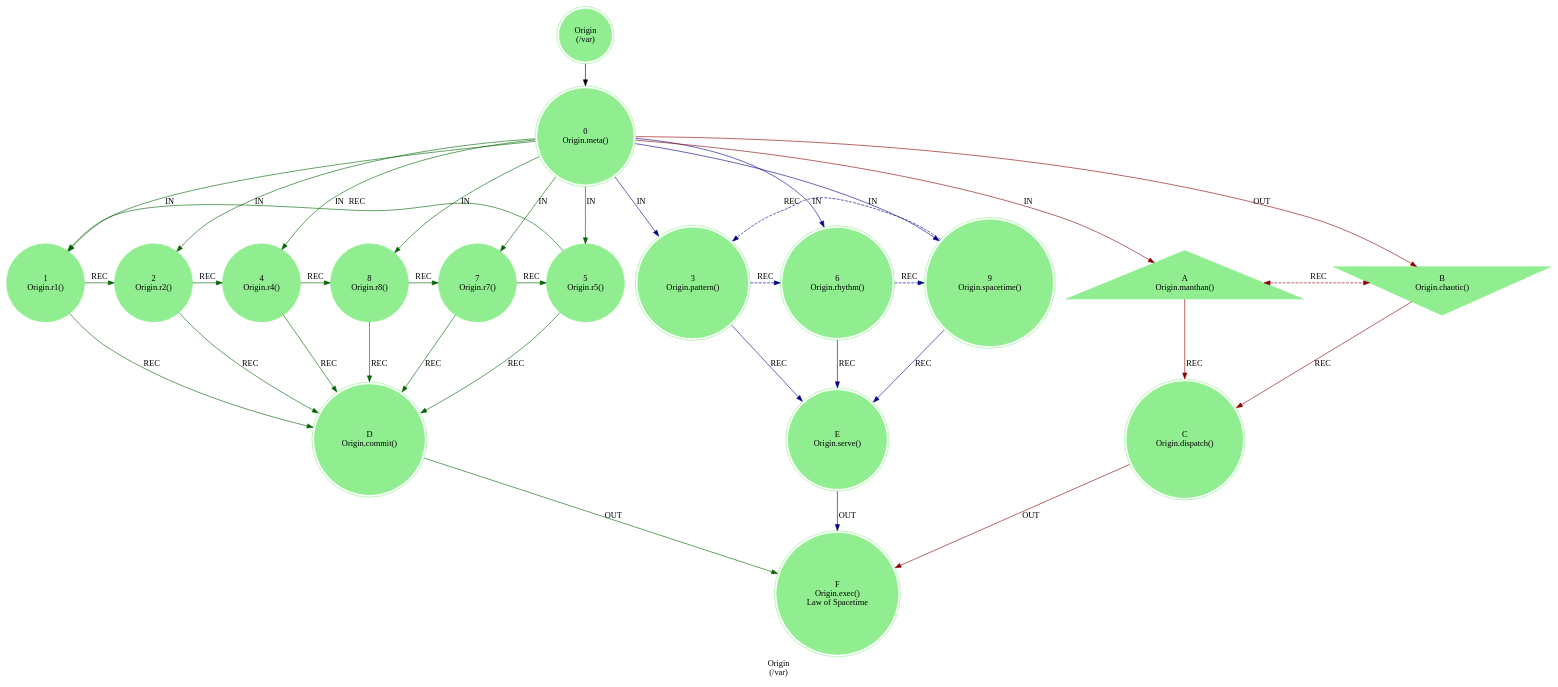
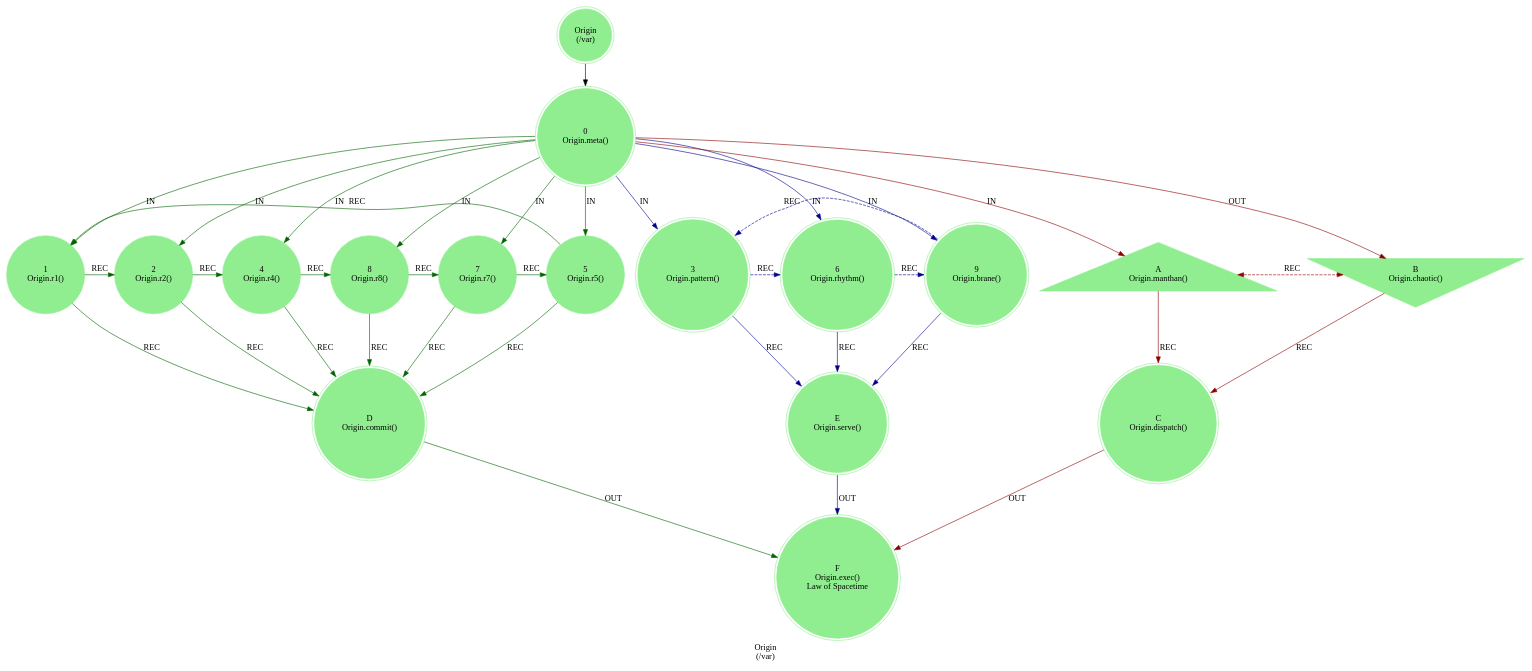
Before and after one commit to cilang/mythos: the diagram in src/core/mythos_var_origin.dot, drawn with Graphviz. The commit also changed 23 other files, not shown here.

```diff
--- a/src/core/mythos_var_origin.dot
+++ b/src/core/mythos_var_origin.dot
@@ -1,50 +1,48 @@
 strict digraph OriginEngine {
     label = "Origin\n(/var)";
     style = filled;
     color = lightgray;
     node [shape = circle; style = filled; color = lightgreen;];
     
     spark_f_mythos_t [label = "Origin\n(/var)";shape = doublecircle;];
-    // The Sacred 3-6-9 (Boundary of Perception).
-    // "If you knew the magnificence of 3, 6, and 9, you would have a key to the universe." — Tesla.
-    // The 1-2-4-8-7-5 Vortex (Boundary of Comprehension).
+    
     // r0::meta();r1,r2,r4,r8,r7,r5;r3,r6,r;ra::receive(),rb::send(),rc::dispatch(),rd::commit(),re::serve(),rf::exec()
     spark_0_origin_t [label = "0\nOrigin.meta()";shape = doublecircle;comment = "Engine Meta";];
     spark_1_origin_t [label = "1\nOrigin.r1()";shape = circle;comment = "";];
     spark_2_origin_t [label = "2\nOrigin.r2()";shape = circle;comment = "";];
     spark_4_origin_t [label = "4\nOrigin.r4()";shape = circle;comment = "";];
     spark_8_origin_t [label = "8\nOrigin.r8()";shape = circle;comment = "";];
     spark_7_origin_t [label = "7\nOrigin.r7()";shape = circle;comment = "";];
     spark_5_origin_t [label = "5\nOrigin.r5()";shape = circle;comment = "";];
     spark_3_origin_t [label = "3\nOrigin.pattern()";shape = doublecircle;comment = "";];
     spark_6_origin_t [label = "6\nOrigin.rhythm()";shape = doublecircle;comment = "";];
-    spark_9_origin_t [label = "9\nOrigin.spacetime()";shape = doublecircle;comment = "Brane Object, Brane World, Brane Lifeform";];
+    spark_9_origin_t [label = "9\nOrigin.brane()";shape = doublecircle;comment = "Brane Object, Brane World, Brane Lifeform";];
     spark_a_origin_t [label = "A\nOrigin.manthan()";shape = triangle;comment = "`/var/manthan`";];
     spark_b_origin_t [label = "B\nOrigin.chaotic()";shape = invtriangle;comment = "`/var/chaotic`";];
     spark_c_origin_t [label = "C\nOrigin.dispatch()";shape = doublecircle;comment = "";];
     spark_d_origin_t [label = "D\nOrigin.commit()";shape = doublecircle;comment = "";];
     spark_e_origin_t [label = "E\nOrigin.serve()";shape = doublecircle;comment = "`/var`";];
     spark_f_origin_t [label = "F\nOrigin.exec()\nLaw of Spacetime";shape = doublecircle;comment = "";];
     
     // IN = Input
     // OUT = Output
     // REC = Recursion
     spark_0_origin_t -> spark_a_origin_t [label = "IN"; color = darkred; comment = "";];
     spark_0_origin_t -> spark_b_origin_t [label = "OUT"; color = darkred; comment = "";];
     spark_0_origin_t -> {spark_3_origin_t spark_6_origin_t spark_9_origin_t} [label = "IN"; color = darkblue; comment = "";];
     spark_0_origin_t -> {spark_1_origin_t spark_2_origin_t spark_4_origin_t spark_5_origin_t spark_7_origin_t spark_8_origin_t} [label = "IN"; color = darkgreen; comment = "";];
     
     {spark_a_origin_t spark_b_origin_t} -> spark_c_origin_t [label = "REC"; color = darkred; comment = "";];
     {spark_3_origin_t spark_6_origin_t spark_9_origin_t} -> spark_e_origin_t [label = "REC"; color = darkblue; comment = "";];
     {spark_1_origin_t spark_2_origin_t spark_4_origin_t spark_8_origin_t spark_7_origin_t spark_5_origin_t} -> spark_d_origin_t [label = "REC"; color = darkgreen; comment = "";];
     
     spark_3_origin_t -> spark_6_origin_t -> spark_9_origin_t -> spark_3_origin_t [label = "REC"; color = darkblue; comment = ""; style = dashed; constraint = false;];
     spark_a_origin_t -> spark_b_origin_t [label = "REC"; color = darkred; comment = ""; style = dashed; constraint = false; dir = both;];
     spark_1_origin_t -> spark_2_origin_t -> spark_4_origin_t -> spark_8_origin_t -> spark_7_origin_t -> spark_5_origin_t -> spark_1_origin_t [label = "REC"; color = darkgreen; comment = ""; style = dassed; constraint = false;];
     
     spark_e_origin_t -> spark_f_origin_t [label = "OUT"; color = darkblue; comment = "";];
     spark_c_origin_t -> spark_f_origin_t [label = "OUT"; color = darkred; comment = "";];
     spark_d_origin_t -> spark_f_origin_t [label = "OUT"; color = darkgreen; comment = "";];
     
     spark_f_mythos_t -> spark_0_origin_t;
 }
```
